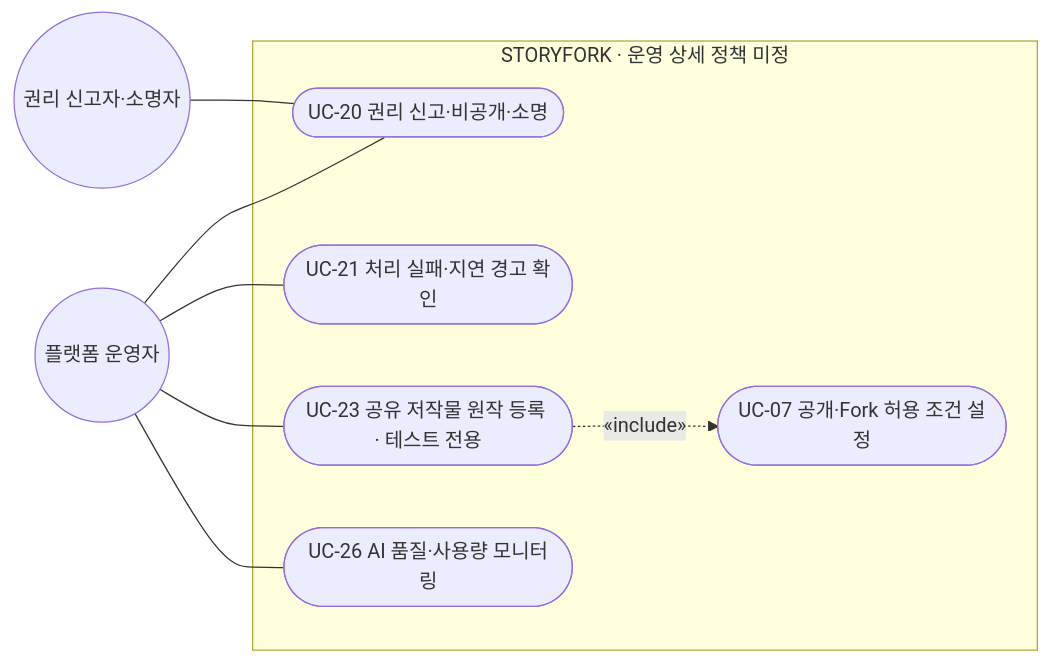
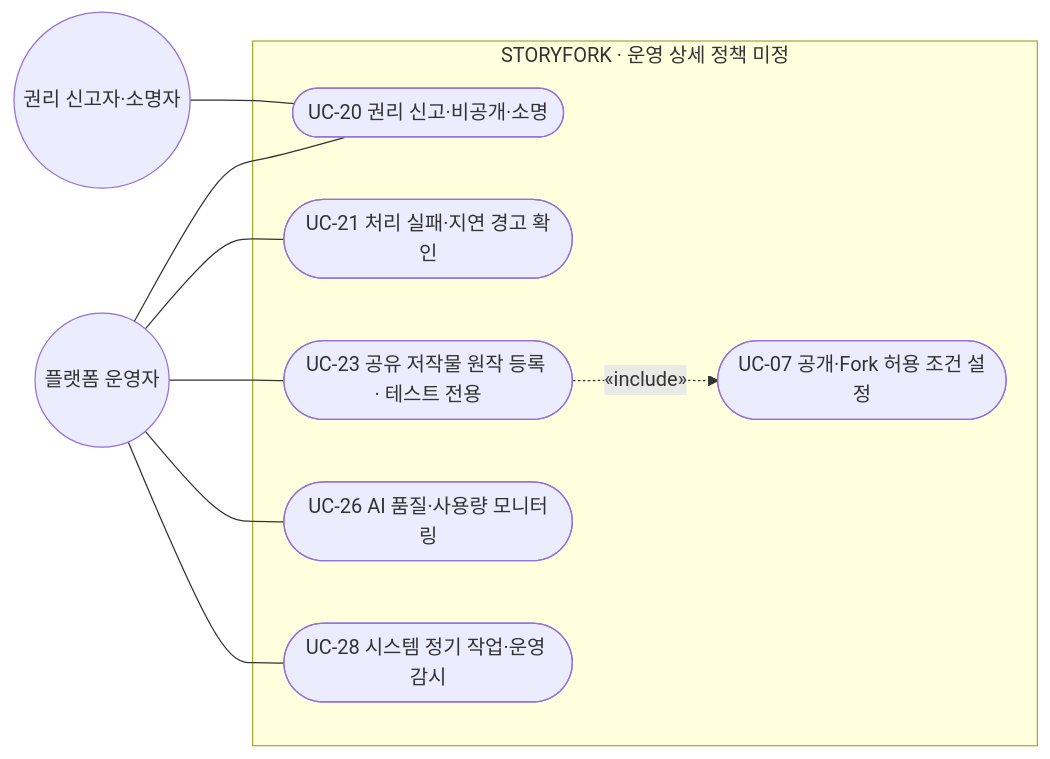
Before and after one commit to SKNETWORKS-FAMILY-AICAMP/SKN34-FINAL-4TEAM: the fifth of 9 diagrams in docs/usecase.md, drawn with Mermaid. The commit also changed other lines of this file and 16 other files, not shown here.

````diff
--- a/docs/usecase.md
+++ b/docs/usecase.md
@@ -273,18 +277,20 @@
 ```mermaid
 flowchart LR
   O(("플랫폼 운영자"))
   H(("권리 신고자·소명자"))
   subgraph SYS["STORYFORK · 운영 상세 정책 미정"]
     U20(["UC-20 권리 신고·비공개·소명"])
     U21(["UC-21 처리 실패·지연 경고 확인"])
     U23(["UC-23 공유 저작물 원작 등록 · 테스트 전용"])
     U26(["UC-26 AI 품질·사용량 모니터링"])
+    U28(["UC-28 시스템 정기 작업·운영 감시"])
     U07(["UC-07 공개·Fork 허용 조건 설정"])
   end
   H --- U20
   O --- U20
   O --- U21
   O --- U23
   O --- U26
+  O --- U28
   U23 -.->|"«include»"| U07
 ```
````
